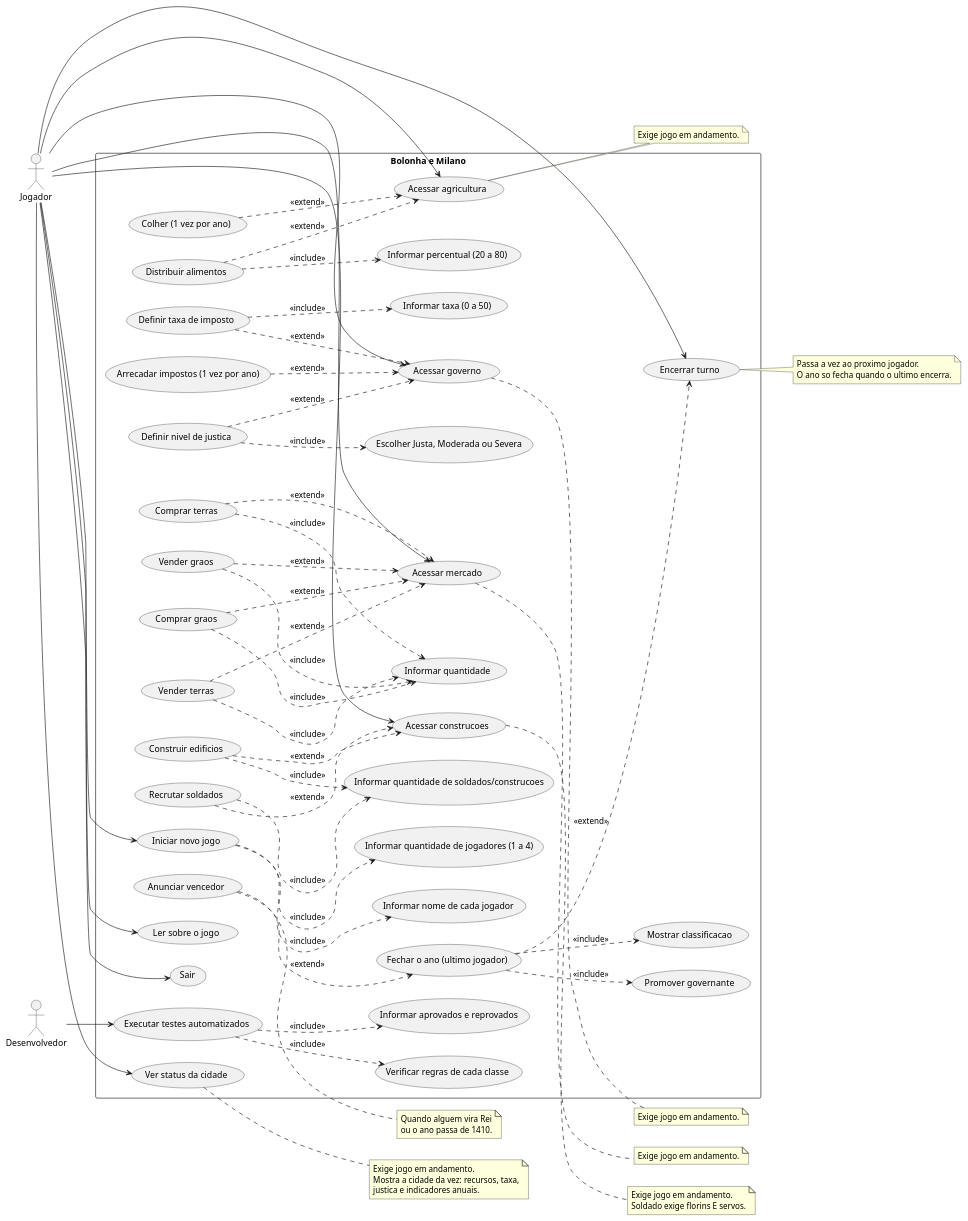
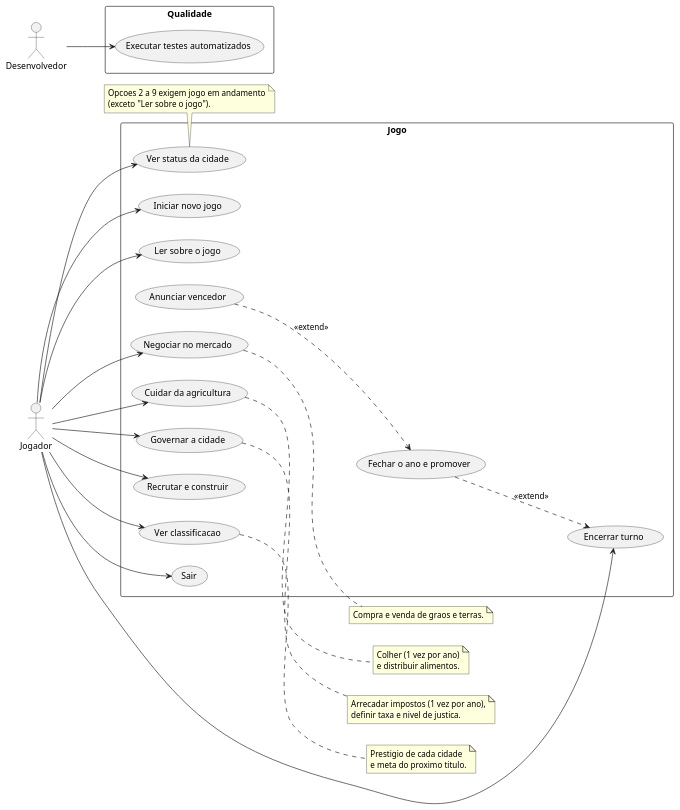
Before and after one commit to JeanCFreitas/projeto-bolonha-e-milano-SPOTDES: the diagram in src/bolonhaemilano/casos-de-uso/casos-de-uso.puml, drawn with PlantUML. The commit also changed 8 other files, not shown here.

Commit message:
Correção nos diagramas e opção de ver a classificação dos jogadores

```diff
--- a/src/bolonhaemilano/casos-de-uso/casos-de-uso.puml
+++ b/src/bolonhaemilano/casos-de-uso/casos-de-uso.puml
@@ -1,118 +1,62 @@
 @startuml
 left to right direction
 skinparam packageStyle rectangle
 
 actor Jogador
 actor Desenvolvedor
 
-rectangle "Bolonha e Milano" {
+rectangle "Jogo" {
   usecase "Iniciar novo jogo" as UC1
-  usecase "Informar quantidade de jogadores (1 a 4)" as UC1a
-  usecase "Informar nome de cada jogador" as UC1b
   usecase "Ver status da cidade" as UC2
   usecase "Ler sobre o jogo" as UC3
-  usecase "Acessar mercado" as UC5
-  usecase "Comprar graos" as UC5a
-  usecase "Vender graos" as UC5b
-  usecase "Comprar terras" as UC5c
-  usecase "Vender terras" as UC5d
-  usecase "Informar quantidade" as UC5e
-  usecase "Acessar agricultura" as UC6
-  usecase "Colher (1 vez por ano)" as UC6a
-  usecase "Distribuir alimentos" as UC6b
-  usecase "Informar percentual (20 a 80)" as UC6c
-  usecase "Acessar governo" as UC7
-  usecase "Arrecadar impostos (1 vez por ano)" as UC7a
-  usecase "Definir taxa de imposto" as UC7b
-  usecase "Informar taxa (0 a 50)" as UC7c
-  usecase "Definir nivel de justica" as UC7d
-  usecase "Escolher Justa, Moderada ou Severa" as UC7e
-  usecase "Acessar construcoes" as UC8
-  usecase "Recrutar soldados" as UC8a
-  usecase "Construir edificios" as UC8b
-  usecase "Informar quantidade de soldados/construcoes" as UC8c
+  usecase "Negociar no mercado" as UC4
+  usecase "Cuidar da agricultura" as UC5
+  usecase "Governar a cidade" as UC6
+  usecase "Recrutar e construir" as UC7
+  usecase "Ver classificacao" as UC8
   usecase "Encerrar turno" as UC9
-  usecase "Fechar o ano (ultimo jogador)" as UC9a
-  usecase "Promover governante" as UC9b
-  usecase "Mostrar classificacao" as UC9c
-  usecase "Anunciar vencedor" as UC9d
-  usecase "Sair" as UC4
-  usecase "Executar testes automatizados" as UC10
-  usecase "Verificar regras de cada classe" as UC10a
-  usecase "Informar aprovados e reprovados" as UC10b
+  usecase "Fechar o ano e promover" as UC9a
+  usecase "Anunciar vencedor" as UC9b
+  usecase "Sair" as UC0
 }
 
 Jogador --> UC1
 Jogador --> UC2
 Jogador --> UC3
+Jogador --> UC4
 Jogador --> UC5
 Jogador --> UC6
 Jogador --> UC7
 Jogador --> UC8
 Jogador --> UC9
-Jogador --> UC4
+Jogador --> UC0
+
+UC9a ..> UC9 : <<extend>>
+UC9b ..> UC9a : <<extend>>
+
+note right of UC4
+  Compra e venda de graos e terras.
+end note
+note right of UC5
+  Colher (1 vez por ano)
+  e distribuir alimentos.
+end note
+note right of UC6
+  Arrecadar impostos (1 vez por ano),
+  definir taxa e nivel de justica.
+end note
+note right of UC8
+  Prestigio de cada cidade
+  e meta do proximo titulo.
+end note
+note bottom of UC2
+  Opcoes 2 a 9 exigem jogo em andamento
+  (exceto "Ler sobre o jogo").
+end note
+
+rectangle "Qualidade" {
+  usecase "Executar testes automatizados" as UC10
+}
 
 Desenvolvedor --> UC10
-
-UC1 ..> UC1a : <<include>>
-UC1 ..> UC1b : <<include>>
-
-UC5a ..> UC5 : <<extend>>
-UC5b ..> UC5 : <<extend>>
-UC5c ..> UC5 : <<extend>>
-UC5d ..> UC5 : <<extend>>
-UC5a ..> UC5e : <<include>>
-UC5b ..> UC5e : <<include>>
-UC5c ..> UC5e : <<include>>
-UC5d ..> UC5e : <<include>>
-
-UC6a ..> UC6 : <<extend>>
-UC6b ..> UC6 : <<extend>>
-UC6b ..> UC6c : <<include>>
-
-UC7a ..> UC7 : <<extend>>
-UC7b ..> UC7 : <<extend>>
-UC7d ..> UC7 : <<extend>>
-UC7b ..> UC7c : <<include>>
-UC7d ..> UC7e : <<include>>
-
-UC8a ..> UC8 : <<extend>>
-UC8b ..> UC8 : <<extend>>
-UC8a ..> UC8c : <<include>>
-UC8b ..> UC8c : <<include>>
-
-UC9a ..> UC9 : <<extend>>
-UC9a ..> UC9b : <<include>>
-UC9a ..> UC9c : <<include>>
-UC9d ..> UC9a : <<extend>>
-
-UC10 ..> UC10a : <<include>>
-UC10 ..> UC10b : <<include>>
-
-note right of UC2
-  Exige jogo em andamento.
-  Mostra a cidade da vez: recursos, taxa,
-  justica e indicadores anuais.
-end note
-note right of UC5
-  Exige jogo em andamento.
-end note
-note right of UC6
-  Exige jogo em andamento.
-end note
-note right of UC7
-  Exige jogo em andamento.
-end note
-note right of UC8
-  Exige jogo em andamento.
-  Soldado exige florins E servos.
-end note
-note right of UC9
-  Passa a vez ao proximo jogador.
-  O ano so fecha quando o ultimo encerra.
-end note
-note right of UC9d
-  Quando alguem vira Rei
-  ou o ano passa de 1410.
-end note
 @enduml
```
